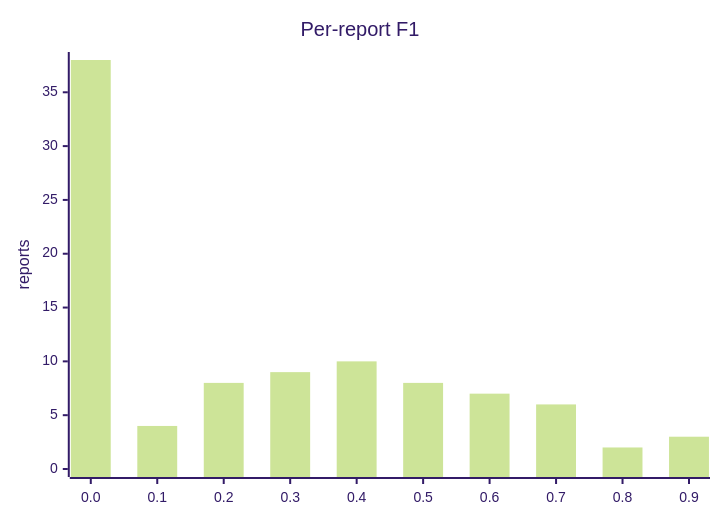
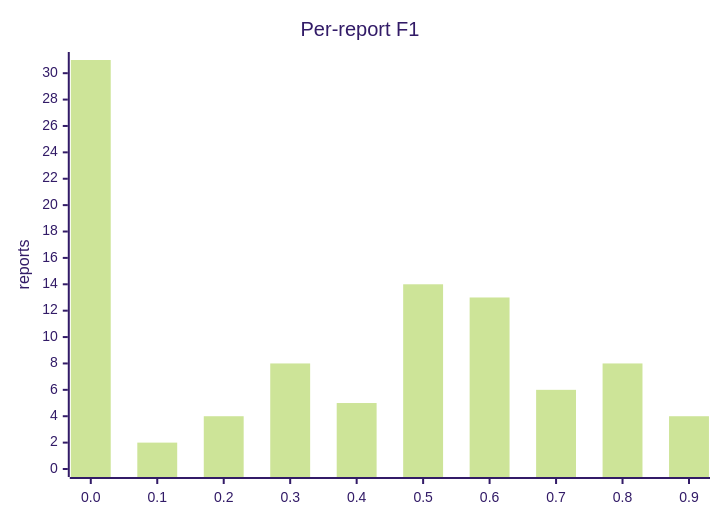
Before and after one commit to MISP/ai-connector: the third of 5 diagrams in docs/BENCHMARKS_extraction.md, drawn with Mermaid (forest theme). The commit also changed other lines of this file and 5 other files, not shown here.

````diff
--- a/docs/BENCHMARKS_extraction.md
+++ b/docs/BENCHMARKS_extraction.md
@@ -68,7 +68,7 @@
 ```mermaid
 xychart-beta
   title "Per-report F1"
   x-axis ["0.0", "0.1", "0.2", "0.3", "0.4", "0.5", "0.6", "0.7", "0.8", "0.9"]
-  y-axis "reports" 0 --> 38
-  bar [38, 4, 8, 9, 10, 8, 7, 6, 2, 3]
+  y-axis "reports" 0 --> 31
+  bar [31, 2, 4, 8, 5, 14, 13, 6, 8, 4]
 ```
````
